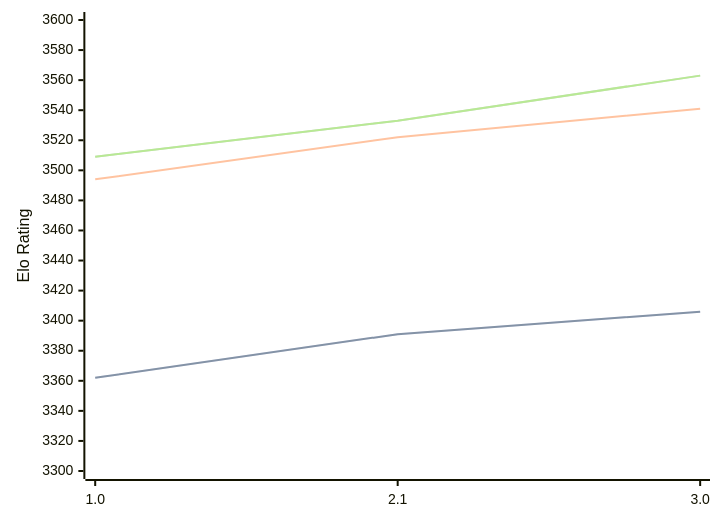
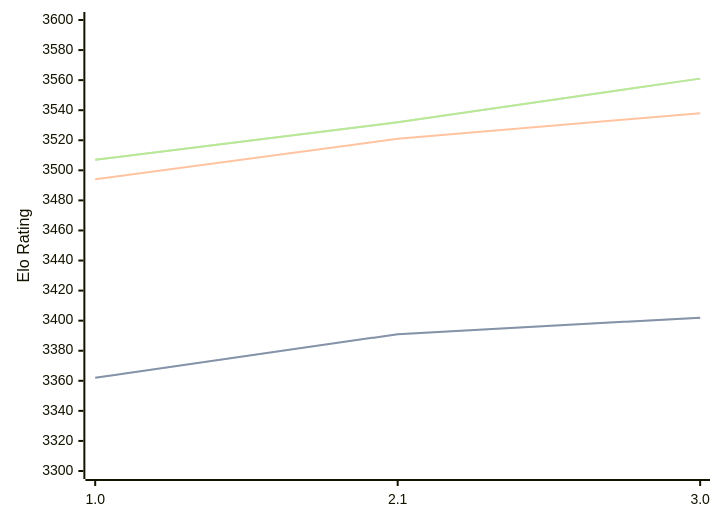
Before and after one commit to computer-chess-index/cci: the diagram in engines/Hobbes.md, drawn with Mermaid. The commit also changed other lines of this file, not shown here.

Commit message:
Update CCI Ratings (ELO VLTC) - 2026-08-03

````diff
--- a/engines/Hobbes.md
+++ b/engines/Hobbes.md
@@ -34,11 +34,11 @@
 ```mermaid
 %%{init: {"theme":"base","themeVariables":{"seriesColors:['#a3a3a3','#222221','#faa371']}}}%%
 xychart-beta
   x-axis ["1.0", "2.1", "3.0"]
   y-axis "Elo Rating" 3300 --> 3600
-  line "STC (8.0+0.08s)" [3362, 3391, 3406]
-  line "STC (8.0+0.08s)" [3362, 3391, 3406]
-  line "LTC (60.0+0.60s)" [3494, 3522, 3541]
-  line "VLTC (2m24s+1.12s)" [3509, 3533, 3563]
-  line "VLTC (2m24s+1.12s)" [3509, 3533, 3563]
+  line "STC (8.0+0.08s)" [3362, 3391, 3402]
+  line "STC (8.0+0.08s)" [3362, 3391, 3402]
+  line "LTC (60.0+0.60s)" [3494, 3521, 3538]
+  line "VLTC (2m24s+1.12s)" [3507, 3532, 3561]
+  line "VLTC (2m24s+1.12s)" [3507, 3532, 3561]
 ```
````
